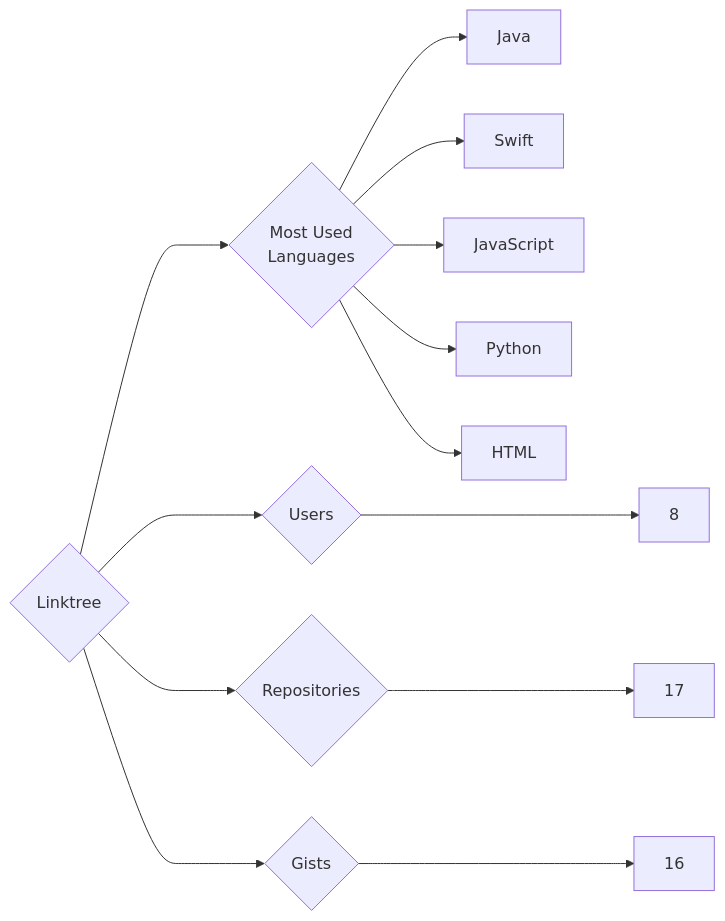
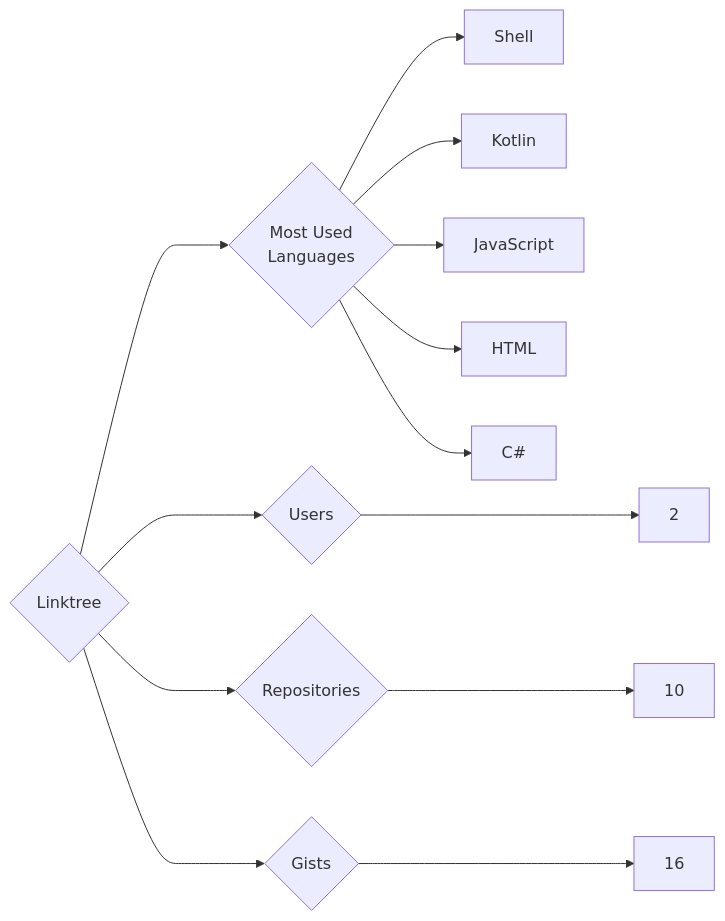
Before and after one commit to trickest/insiders: the diagram in targets/Linktree/README.md, drawn with Mermaid. The commit also changed 1248 other files, not shown here.

````diff
--- a/targets/Linktree/README.md
+++ b/targets/Linktree/README.md
@@ -3,13 +3,13 @@
 ```mermaid
 graph LR
 COMPANY_NAME{Linktree}
-COMPANY_NAME ---> U{Users} ---> UN[8]
-COMPANY_NAME ---> R{Repositories} ---> RN[17]
+COMPANY_NAME ---> U{Users} ---> UN[2]
+COMPANY_NAME ---> R{Repositories} ---> RN[10]
 COMPANY_NAME ---> G{Gists} ---> GN[16]
 COMPANY_NAME ---> ML{Most Used<br>Languages}
-ML --> Java[Java]
-ML --> Swift[Swift]
+ML --> Shell[Shell]
+ML --> Kotlin[Kotlin]
 ML --> JavaScript[JavaScript]
-ML --> Python[Python]
 ML --> HTML[HTML]
+ML --> C#[C#]
 ```
````
